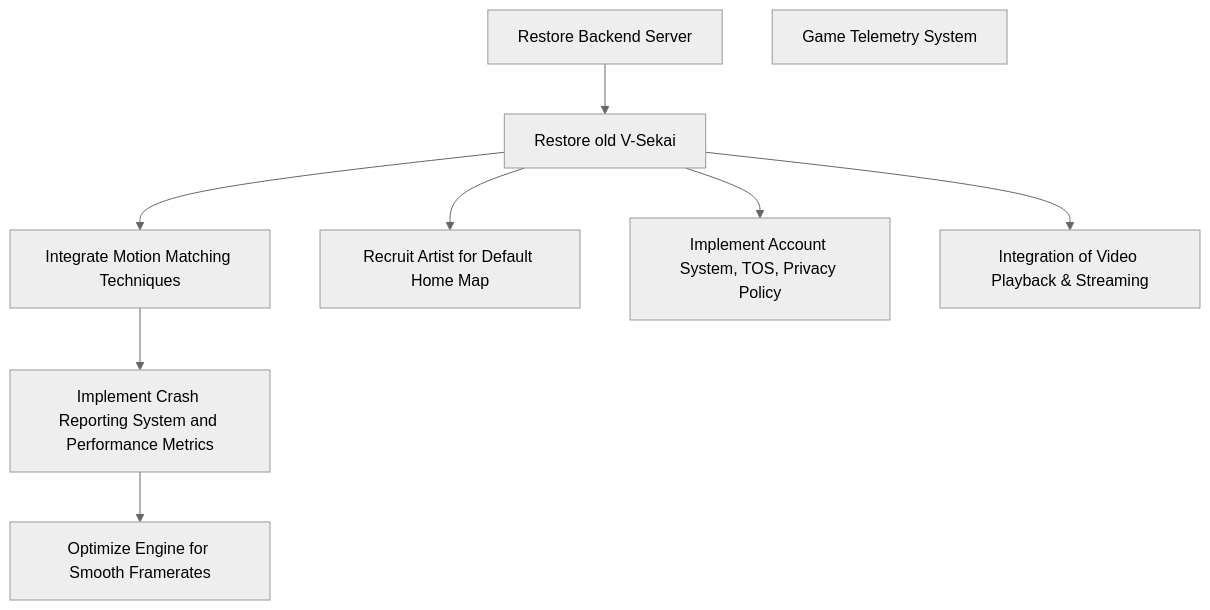
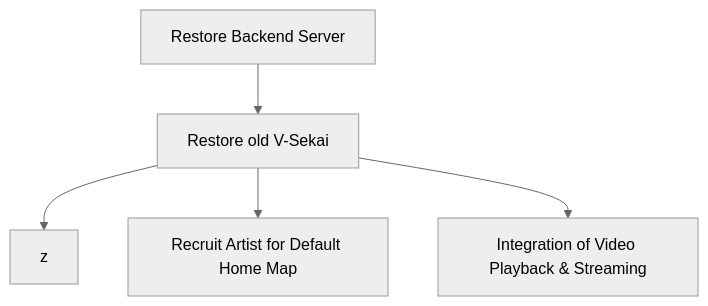
The diagram in decisions/20241102-plan-november-2024.md (V-Sekai/manuals), drawn with Mermaid (neutral theme) before and after one commit.

````diff
--- a/decisions/20241102-plan-november-2024.md
+++ b/decisions/20241102-plan-november-2024.md
@@ -9,20 +9,12 @@
 ```mermaid
 graph TD
     Z[Restore Backend Server]
     A[Restore old V-Sekai]
-    B[Game Telemetry System]
-    C[Integrate Motion Matching Techniques]
-    D[Implement Crash Reporting System and Performance Metrics]
-    E[Optimize Engine for Smooth Framerates]
     F[Recruit Artist for Default Home Map]
-    G[Implement Account System, TOS, Privacy Policy]
     H[Integration of Video Playback & Streaming]
 
     Z --> A
-    A --> C
-    C --> D
-    D --> E
+    A --> z
     A --> F
-    A --> G
     A --> H
 ```
````
